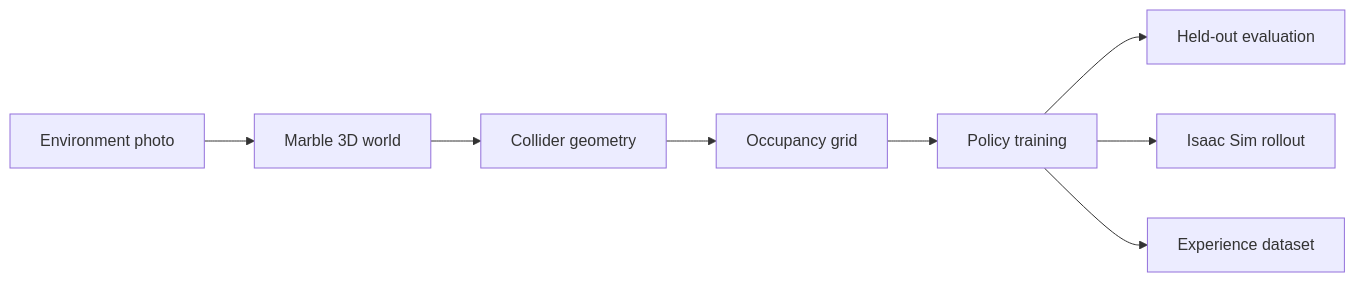
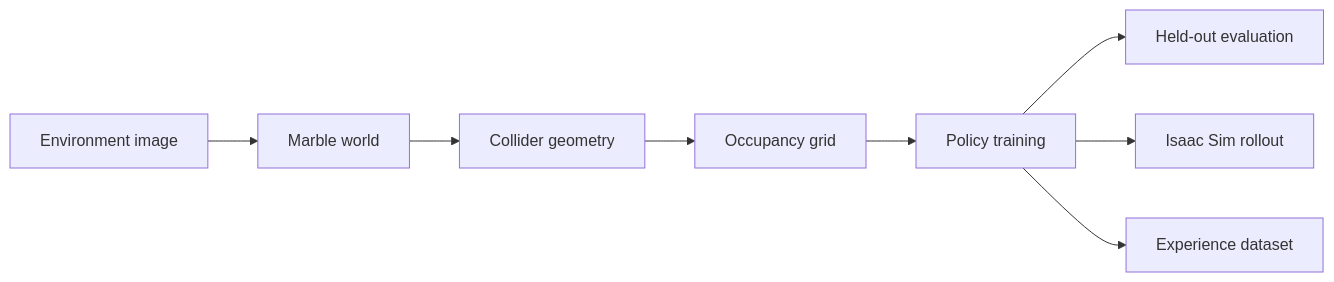
The diagram in README.md (Sehyeogkim/spatial_intelligence_jeff), drawn with Mermaid before and after one commit. The commit also changed other lines of this file and 120 other files, not shown here.

````diff
--- a/README.md
+++ b/README.md
@@ -27,10 +59,10 @@
 ```mermaid
 flowchart LR
-    A[Environment photo] --> B[Marble 3D world]
+    A[Environment image] --> B[Marble world]
     B --> C[Collider geometry]
     C --> D[Occupancy grid]
     D --> E[Policy training]
     E --> F[Held-out evaluation]
     E --> G[Isaac Sim rollout]
     E --> H[Experience dataset]
 ```
````
